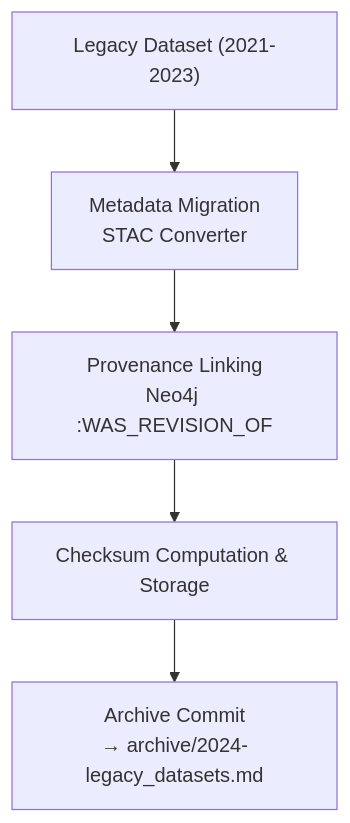
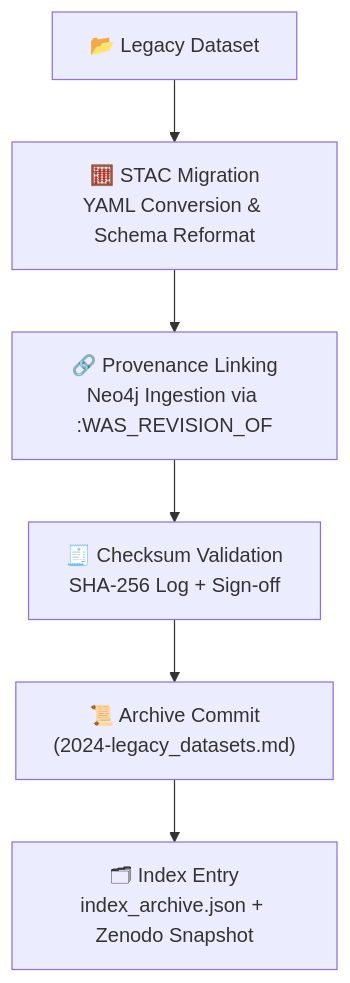
The diagram in docs/integration/reviews/archive/2024-legacy_datasets.md (bartytime4life/Kansas-Frontier-Matrix), drawn with Mermaid before and after one commit. The commit also changed other lines of this file, not shown here.

First line of the commit message:
Revise archived review for legacy datasets

````diff
--- a/docs/integration/reviews/archive/2024-legacy_datasets.md
+++ b/docs/integration/reviews/archive/2024-legacy_datasets.md
@@ -99,7 +116,8 @@
 ```mermaid
 flowchart TD
-    A["Legacy Dataset (2021-2023)"] --> B["Metadata Migration\nSTAC Converter"]
-    B --> C["Provenance Linking\nNeo4j :WAS_REVISION_OF"]
-    C --> D["Checksum Computation & Storage"]
-    D --> E["Archive Commit\n→ archive/2024-legacy_datasets.md"]
+    A["📂 Legacy Dataset"] --> B["🧮 STAC Migration\nYAML Conversion & Schema Reformat"]
+    B --> C["🔗 Provenance Linking\nNeo4j Ingestion via :WAS_REVISION_OF"]
+    C --> D["🧾 Checksum Validation\nSHA-256 Log + Sign-off"]
+    D --> E["📜 Archive Commit\n(2024-legacy_datasets.md)"]
+    E --> F["🗂 Index Entry\nindex_archive.json + Zenodo Snapshot"]
 ```
````
